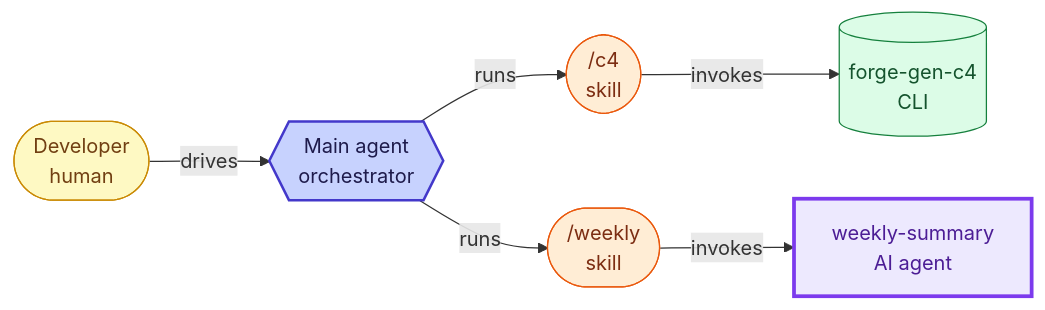
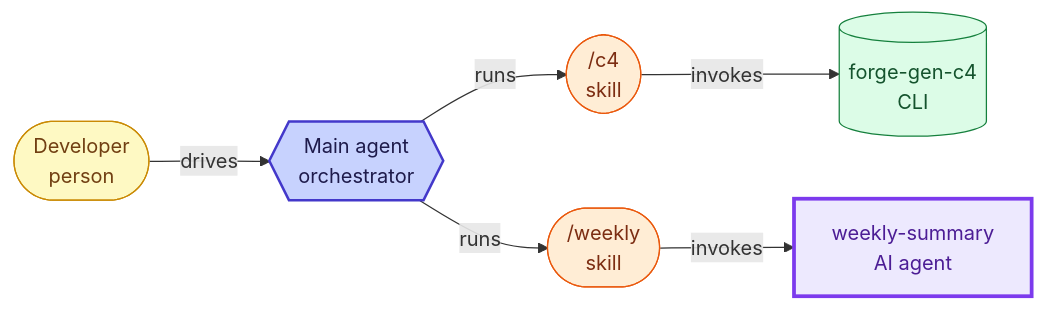
The sixth of 6 diagrams in docs/agent-architecture.md (misnaej/forge), drawn with Mermaid before and after one commit. The commit also changed other lines of this file and 6 other files, not shown here.

Commit message:
feat(c4): reference classDef palette + tag forge's c4 model (coloured README diagram)

````diff
--- a/docs/agent-architecture.md
+++ b/docs/agent-architecture.md
@@ -308,30 +308,30 @@
 ```mermaid
 graph LR
-  classDef human fill:#fef9c3,stroke:#ca8a04,color:#713f12
+  classDef person fill:#fef9c3,stroke:#ca8a04,color:#713f12
   classDef agent fill:#ede9fe,stroke:#7c3aed,color:#4c1d95
   classDef skill fill:#ffedd5,stroke:#ea580c,color:#7c2d12
   classDef hook fill:#fee2e2,stroke:#dc2626,color:#7f1d1d
   classDef cli fill:#dcfce7,stroke:#15803d,color:#14532d
   classDef policy fill:#f1f5f9,stroke:#64748b,color:#334155
   classDef orchestrator fill:#c7d2fe,stroke:#4338ca,color:#1e1b4b,stroke-width:2px
   classDef reporter stroke-dasharray:5 3
   classDef mutator stroke-width:3px
-  human(["Developer<br/>human"])
+  human(["Developer<br/>person"])
   main_agent{{"Main agent<br/>orchestrator"}}
   human -->|drives| main_agent
   sk_c4(["/c4<br/>skill"])
   cli_forge_gen_c4[("forge-gen-c4<br/>CLI")]
   sk_weekly(["/weekly<br/>skill"])
   weekly_summary["weekly-summary<br/>AI agent"]
   main_agent -->|runs| sk_c4
   main_agent -->|runs| sk_weekly
   sk_weekly -->|invokes| weekly_summary
   sk_c4 -->|invokes| cli_forge_gen_c4
-  class human human
+  class human person
   class main_agent orchestrator
   class sk_c4 skill
   class cli_forge_gen_c4 cli
   class sk_weekly skill
   class weekly_summary agent
   class weekly_summary mutator
 ```
````
